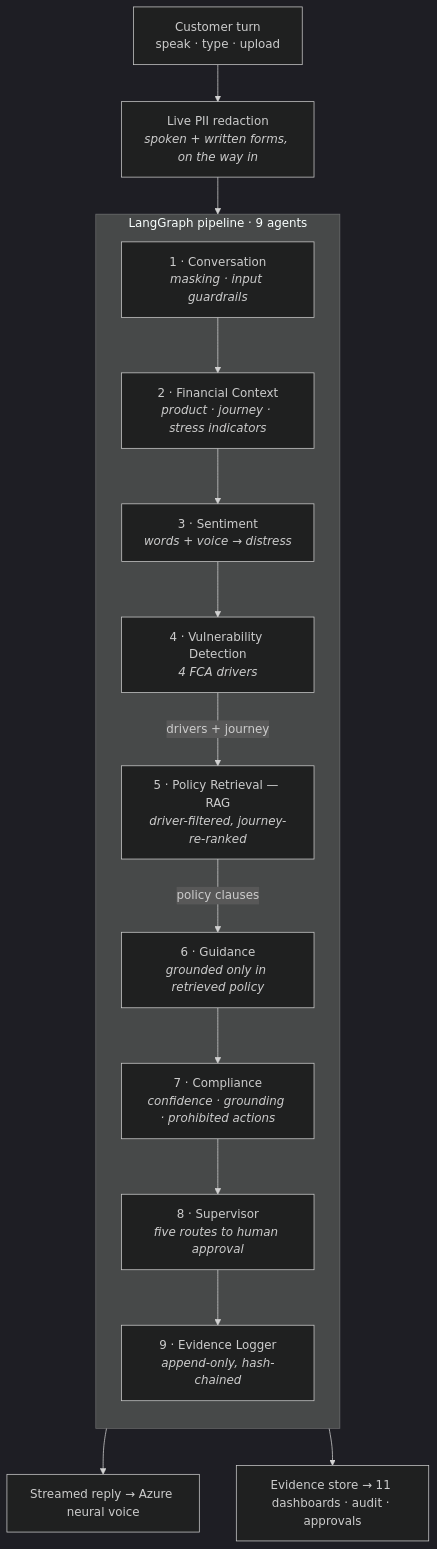
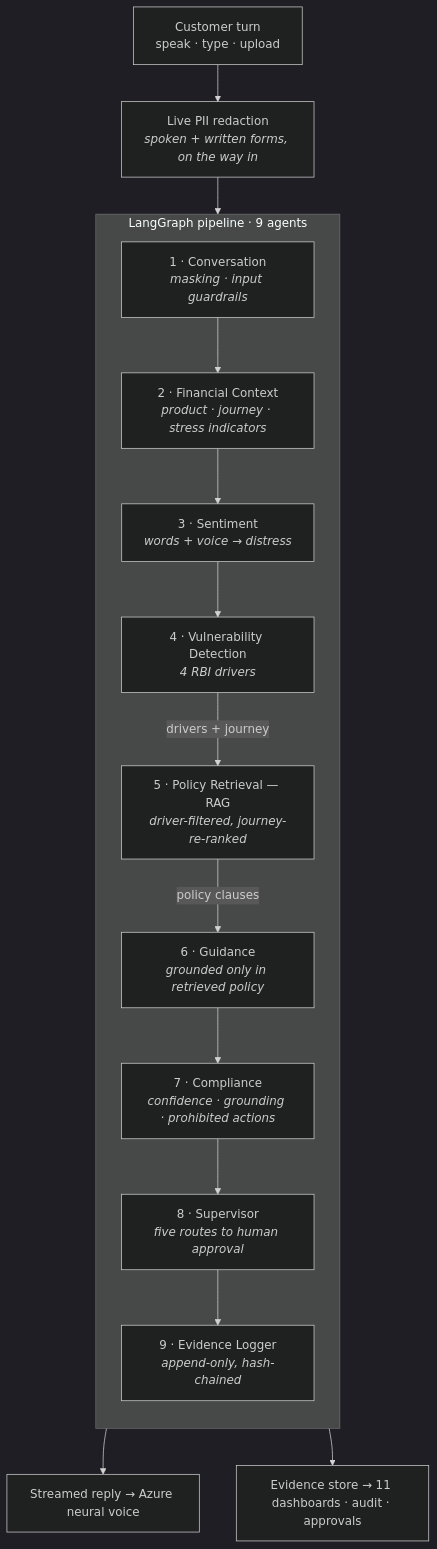
One commit to mansi104-ai/EXL_capstone changed the diagram in docs/OVERVIEW.md. Above: the diagram before and after it, drawn with Mermaid (dark theme). The commit also changed other lines of this file and 27 other files, not shown here.

````diff
--- a/docs/OVERVIEW.md
+++ b/docs/OVERVIEW.md
@@ -30,18 +30,18 @@
 ```mermaid
 flowchart TD
     IN["Customer turn<br/>speak · type · upload"] --> RED["Live PII redaction<br/><i>spoken + written forms, on the way in</i>"]
     RED --> A1
     subgraph P["LangGraph pipeline · 9 agents"]
       direction TB
       A1["1 · Conversation<br/><i>masking · input guardrails</i>"] --> A2["2 · Financial Context<br/><i>product · journey · stress indicators</i>"]
       A2 --> A3["3 · Sentiment<br/><i>words + voice → distress</i>"]
-      A3 --> A4["4 · Vulnerability Detection<br/><i>4 FCA drivers</i>"]
+      A3 --> A4["4 · Vulnerability Detection<br/><i>4 RBI drivers</i>"]
       A4 -->|drivers + journey| A5["5 · Policy Retrieval — RAG<br/><i>driver-filtered, journey-re-ranked</i>"]
       A5 -->|policy clauses| A6["6 · Guidance<br/><i>grounded only in retrieved policy</i>"]
       A6 --> A7["7 · Compliance<br/><i>confidence · grounding · prohibited actions</i>"]
       A7 --> A8["8 · Supervisor<br/><i>five routes to human approval</i>"]
       A8 --> A9["9 · Evidence Logger<br/><i>append-only, hash-chained</i>"]
     end
     A9 --> OUT["Streamed reply → Azure neural voice"]
     A9 --> EV["Evidence store → 11 dashboards · audit · approvals"]
 ```
````
